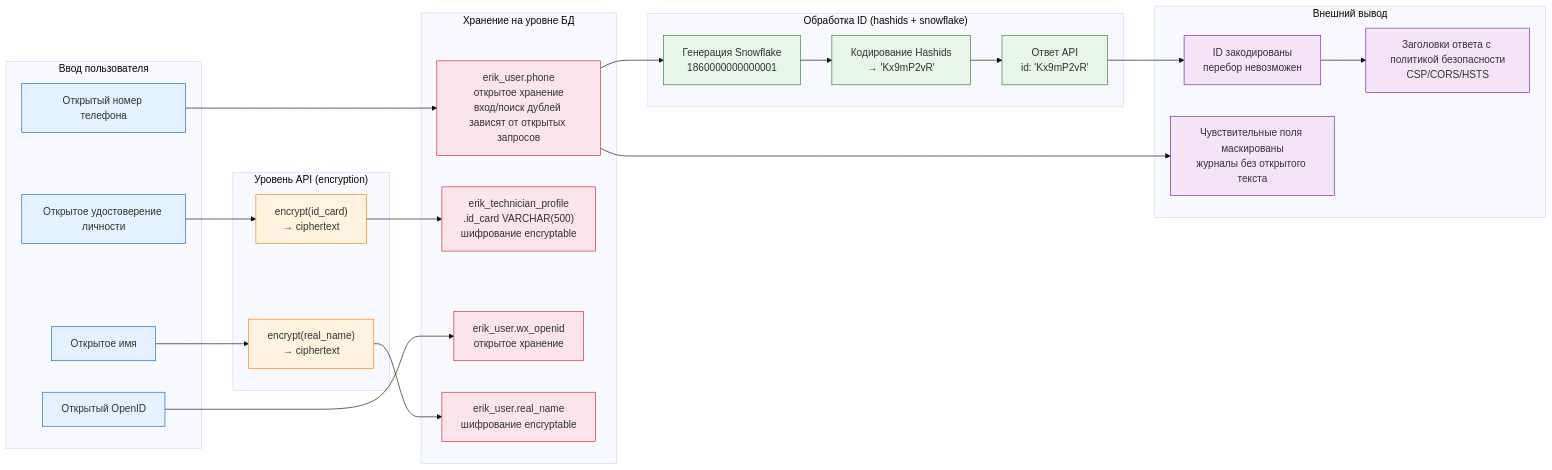
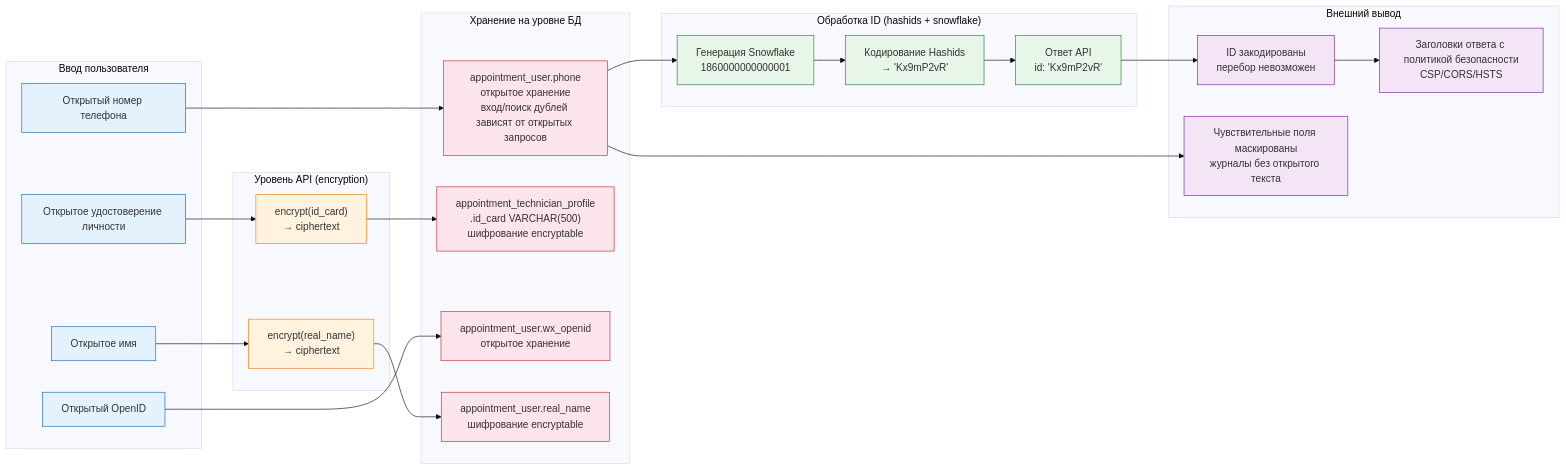
Before and after one commit to erikwang2013/appointment-php: the fourth of 4 diagrams in docs/ru/diagrams/SECURITY-ARCHITECTURE.md, drawn with Mermaid (base theme). The commit also changed 363 other files, not shown here.

````diff
--- a/docs/ru/diagrams/SECURITY-ARCHITECTURE.md
+++ b/docs/ru/diagrams/SECURITY-ARCHITECTURE.md
@@ -177,54 +177,54 @@
 ```mermaid
 flowchart LR
     subgraph 输入["Ввод пользователя"]
         I1["Открытый номер телефона"]
         I2["Открытое удостоверение личности"]
         I3["Открытый OpenID"]
         I4["Открытое имя"]
     end
 
     subgraph API加密["Уровень API (encryption)"]
         E1["encrypt(id_card)<br/>→ ciphertext"]
         E2["encrypt(real_name)<br/>→ ciphertext"]
     end
 
     subgraph DB存储["Хранение на уровне БД"]
-        D1["erik_user.phone<br/>открытое хранение<br/>вход/поиск дублей зависят от открытых запросов"]
-        D2["erik_technician_profile<br/>.id_card VARCHAR(500)<br/>шифрование encryptable"]
-        D3["erik_user.wx_openid<br/>открытое хранение"]
-        D4["erik_user.real_name<br/>шифрование encryptable"]
+        D1["appointment_user.phone<br/>открытое хранение<br/>вход/поиск дублей зависят от открытых запросов"]
+        D2["appointment_technician_profile<br/>.id_card VARCHAR(500)<br/>шифрование encryptable"]
+        D3["appointment_user.wx_openid<br/>открытое хранение"]
+        D4["appointment_user.real_name<br/>шифрование encryptable"]
     end
 
     subgraph ID处理["Обработка ID (hashids + snowflake)"]
         H1["Генерация Snowflake<br/>1860000000000001"]
         H2["Кодирование Hashids<br/>→ 'Kx9mP2vR'"]
         H3["Ответ API<br/>id: 'Kx9mP2vR'"]
     end
 
     subgraph 输出["Внешний вывод"]
         O1["ID закодированы<br/>перебор невозможен"]
         O2["Чувствительные поля маскированы<br/>журналы без открытого текста"]
         O3["Заголовки ответа с политикой безопасности<br/>CSP/CORS/HSTS"]
     end
 
     I1 --> D1
     I2 --> E1 --> D2
     I3 --> D3
     I4 --> E2 --> D4
     D1 --> H1 --> H2 --> H3
     H3 --> O1
     D1 --> O2
     O1 --> O3
 
     classDef input fill:#e3f2fd,stroke:#1565c0,color:#333
     classDef encrypt fill:#fff3e0,stroke:#f57c00,color:#333
     classDef db fill:#fce4ec,stroke:#c62828,color:#333
     classDef id fill:#e8f5e9,stroke:#2e7d32,color:#333
     classDef output fill:#f3e5f5,stroke:#7b1fa2,color:#333
 
     class I1,I2,I3,I4 input
     class E1,E2 encrypt
     class D1,D2,D3,D4 db
     class H1,H2,H3 id
     class O1,O2,O3 output
 ```
````
